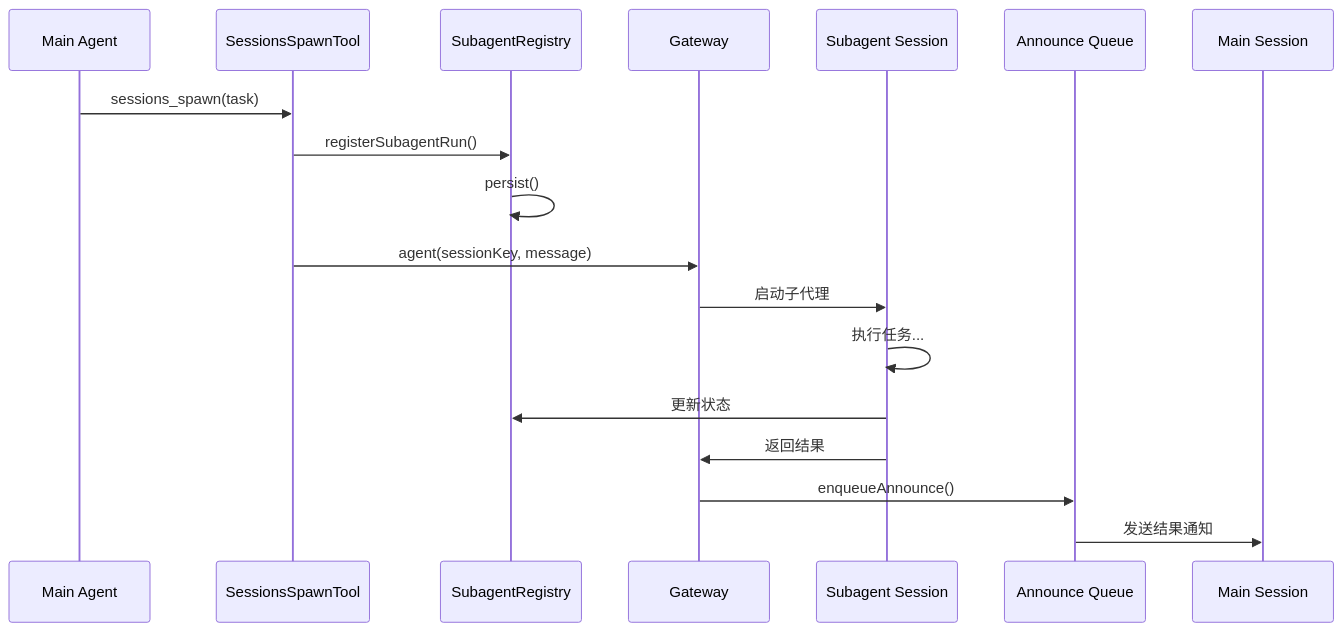
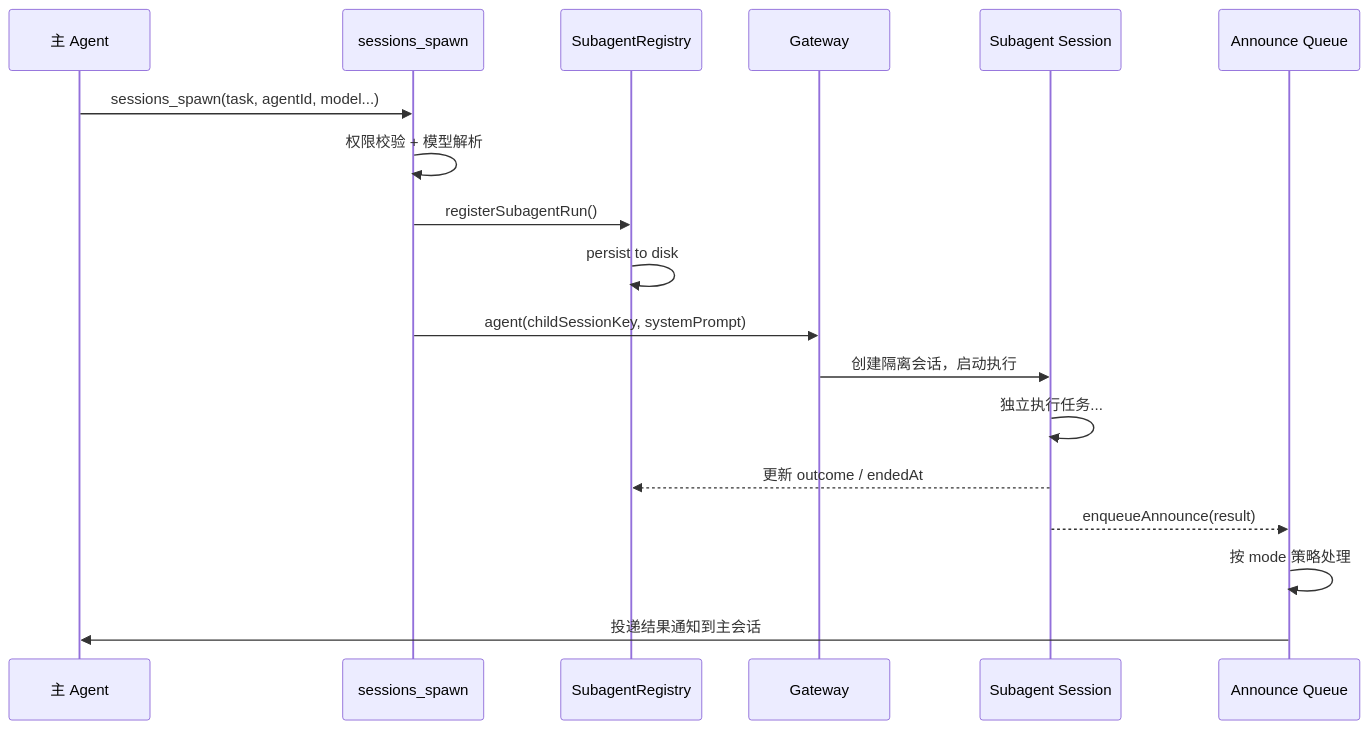
The second of 8 diagrams in openclaw/OPENCLAW-SUBAGENTS.md (caicongyang/bloger), drawn with Mermaid before and after one commit. The commit also changed other lines of this file and 13 other files, not shown here.

````diff
--- a/openclaw/OPENCLAW-SUBAGENTS.md
+++ b/openclaw/OPENCLAW-SUBAGENTS.md
@@ -101,24 +79,24 @@
 ```mermaid
 sequenceDiagram
-    participant Main as Main Agent
-    participant Spawn as SessionsSpawnTool
+    participant Main as 主 Agent
+    participant Spawn as sessions_spawn
     participant Registry as SubagentRegistry
     participant Gateway as Gateway
     participant Sub as Subagent Session
     participant Queue as Announce Queue
-    participant Main2 as Main Session
 
-    Main->>Spawn: sessions_spawn(task)
+    Main->>Spawn: sessions_spawn(task, agentId, model...)
+    Spawn->>Spawn: 权限校验 + 模型解析
     Spawn->>Registry: registerSubagentRun()
-    Registry->>Registry: persist()
-    Spawn->>Gateway: agent(sessionKey, message)
-    
-    Gateway->>Sub: 启动子代理
-    Sub->>Sub: 执行任务...
-    
-    Sub->>Registry: 更新状态
-    Sub->>Gateway: 返回结果
-    
-    Gateway->>Queue: enqueueAnnounce()
-    Queue->>Main2: 发送结果通知
+    Registry->>Registry: persist to disk
+    Spawn->>Gateway: agent(childSessionKey, systemPrompt)
+
+    Gateway->>Sub: 创建隔离会话，启动执行
+    Sub->>Sub: 独立执行任务...
+
+    Sub-->>Registry: 更新 outcome / endedAt
+    Sub-->>Queue: enqueueAnnounce(result)
+
+    Queue->>Queue: 按 mode 策略处理
+    Queue->>Main: 投递结果通知到主会话
 ```
````
